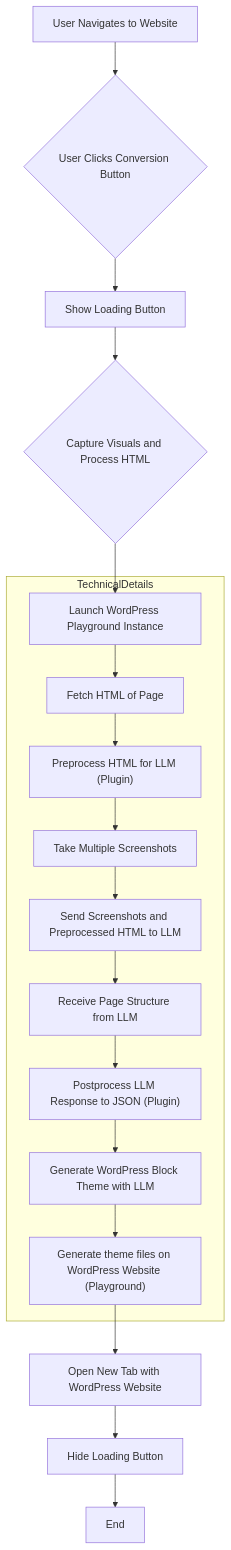
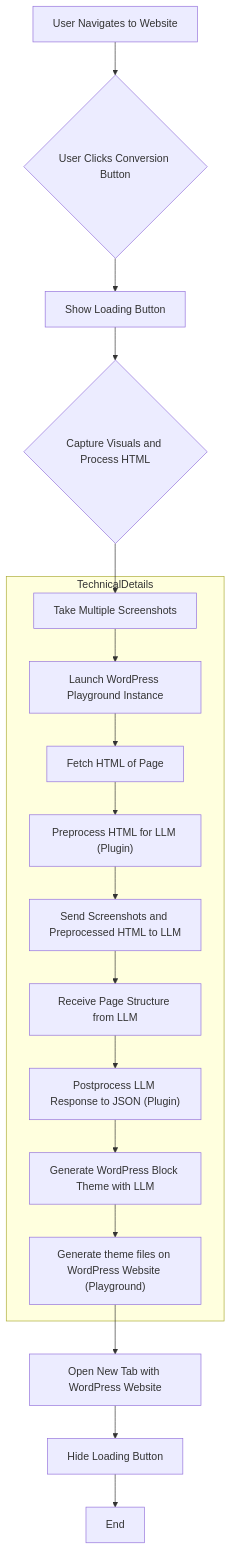
The diagram in README.md (CMSFreedomOrg/CMSFreedom), drawn with Mermaid before and after one commit.

````diff
--- a/README.md
+++ b/README.md
@@ -20,30 +20,30 @@
 ```mermaid
 graph TD
     UserNavigatesWebsite[User Navigates to Website] --> UserClicksConversionButton{User Clicks Conversion Button};
     UserClicksConversionButton --> ShowLoadingButton[Show Loading Button];
     ShowLoadingButton --> CaptureVisualsAndProcessHTML{Capture Visuals and Process HTML};
-    CaptureVisualsAndProcessHTML --> LaunchWordPressPlayground[Launch WordPress Playground Instance];
+    CaptureVisualsAndProcessHTML --> CapturePageScreenshots[Take Multiple Screenshots];
+    CapturePageScreenshots --> LaunchWordPressPlayground[Launch WordPress Playground Instance];
     LaunchWordPressPlayground --> FetchPageHTML[Fetch HTML of Page];
     FetchPageHTML --> PreprocessHTMLForLLM["Preprocess HTML for LLM (Plugin)"];
-    PreprocessHTMLForLLM --> CapturePageScreenshots[Take Multiple Screenshots];
-    CapturePageScreenshots --> SendDataToLLM[Send Screenshots and Preprocessed HTML to LLM];
+    PreprocessHTMLForLLM --> SendDataToLLM[Send Screenshots and Preprocessed HTML to LLM];
     SendDataToLLM --> ReceiveLLMPageStructure[Receive Page Structure from LLM];
     ReceiveLLMPageStructure --> PostprocessLLMResponse["Postprocess LLM Response to JSON (Plugin)"];
     PostprocessLLMResponse --> QueryLLMForGeneratingBlock[Generate WordPress Block Theme with LLM];
     QueryLLMForGeneratingBlock --> GenerateThemeFiles["Generate theme files on WordPress Website (Playground)"];
     GenerateThemeFiles --> OpenNewTabWithWordPress[Open New Tab with WordPress Website];
     OpenNewTabWithWordPress --> HideLoadingButton[Hide Loading Button];
     HideLoadingButton --> ProcessComplete[End];
 
     subgraph TechnicalDetails
         LaunchWordPressPlayground;
         FetchPageHTML;
         PreprocessHTMLForLLM;
         CapturePageScreenshots;
         SendDataToLLM;
         QueryLLMForGeneratingBlock;
         GenerateThemeFiles;
         ReceiveLLMPageStructure;
         PostprocessLLMResponse;
     end
 ```
````
